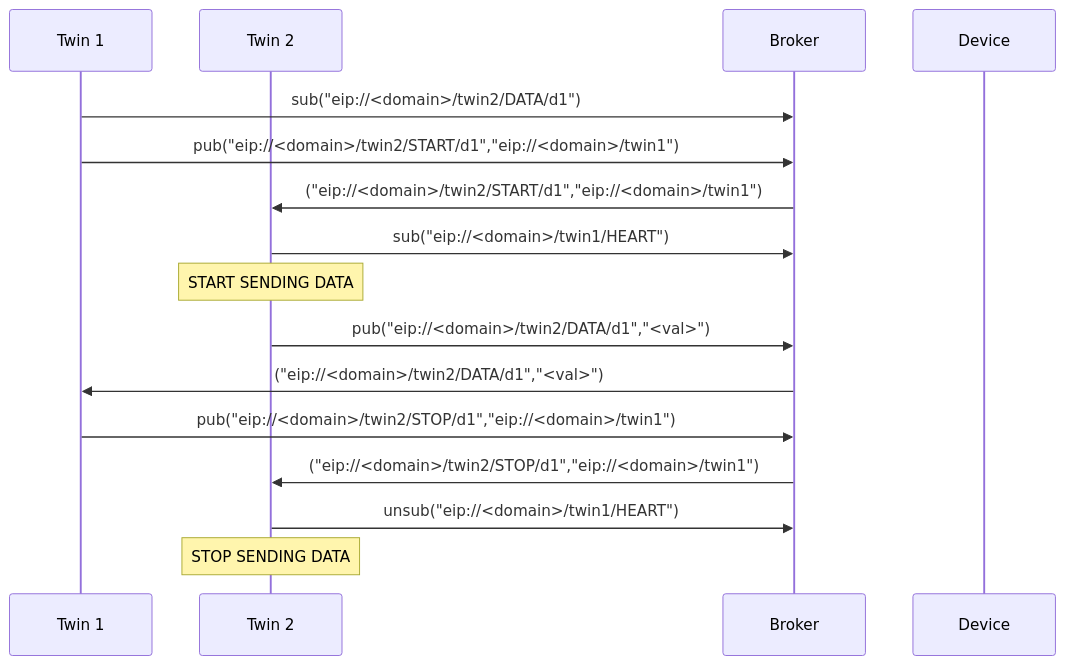
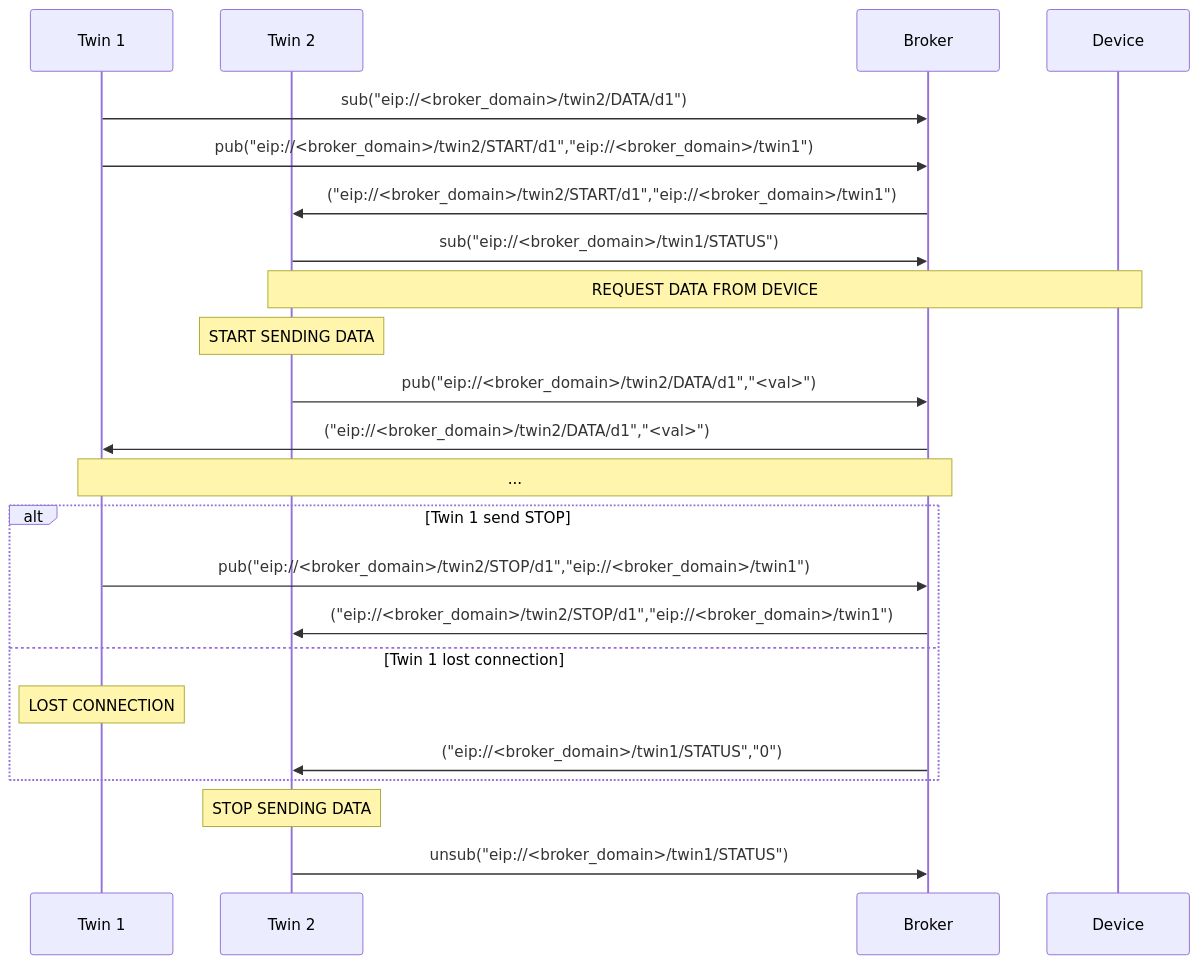
The third of 5 diagrams in EIP_PROTOCOL.md (es-ude/elastic-ai.runtime.cloud), drawn with Mermaid before and after one commit. The commit also changed other lines of this file and 3 other files, not shown here.

````diff
--- a/EIP_PROTOCOL.md
+++ b/EIP_PROTOCOL.md
@@ -134,18 +124,26 @@
 ```mermaid
 sequenceDiagram
   participant t1 as Twin 1
   participant t2 as Twin 2
   participant b as Broker
   participant d as Device
-  t1 ->> b: sub("eip://<domain>/twin2/DATA/d1")
-  t1 ->> b: pub("eip://<domain>/twin2/START/d1","eip://<domain>/twin1")
-  b ->> t2: ("eip://<domain>/twin2/START/d1","eip://<domain>/twin1")
-  t2 ->> b: sub("eip://<domain>/twin1/HEART")
+  
+  t1 ->> b: sub("eip://<broker_domain>/twin2/DATA/d1")
+  t1 ->> b: pub("eip://<broker_domain>/twin2/START/d1","eip://<broker_domain>/twin1")
+  b ->> t2: ("eip://<broker_domain>/twin2/START/d1","eip://<broker_domain>/twin1")
+  t2 ->> b: sub("eip://<broker_domain>/twin1/STATUS")
+  Note over t2,d: REQUEST DATA FROM DEVICE
   Note over t2: START SENDING DATA
-  t2 ->> b: pub("eip://<domain>/twin2/DATA/d1","<val>")
-  b ->> t1: ("eip://<domain>/twin2/DATA/d1","<val>")
-  t1 ->> b: pub("eip://<domain>/twin2/STOP/d1","eip://<domain>/twin1")
-  b ->> t2: ("eip://<domain>/twin2/STOP/d1","eip://<domain>/twin1")
-  t2 ->> b: unsub("eip://<domain>/twin1/HEART")
+  t2 ->> b: pub("eip://<broker_domain>/twin2/DATA/d1","<val>")
+  b ->> t1: ("eip://<broker_domain>/twin2/DATA/d1","<val>")
+  Note over t1,b: ...
+  alt Twin 1 send STOP
+  t1 ->> b: pub("eip://<broker_domain>/twin2/STOP/d1","eip://<broker_domain>/twin1")
+  b ->> t2: ("eip://<broker_domain>/twin2/STOP/d1","eip://<broker_domain>/twin1")
+  else Twin 1 lost connection
+  Note over t1: LOST CONNECTION
+  b ->> t2: ("eip://<broker_domain>/twin1/STATUS","0")
+  end
   Note over t2: STOP SENDING DATA
+  t2 ->> b: unsub("eip://<broker_domain>/twin1/STATUS")
 ```
````
